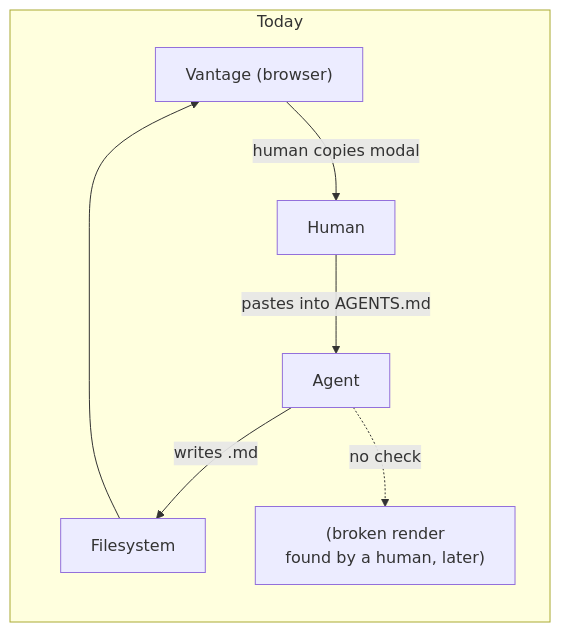
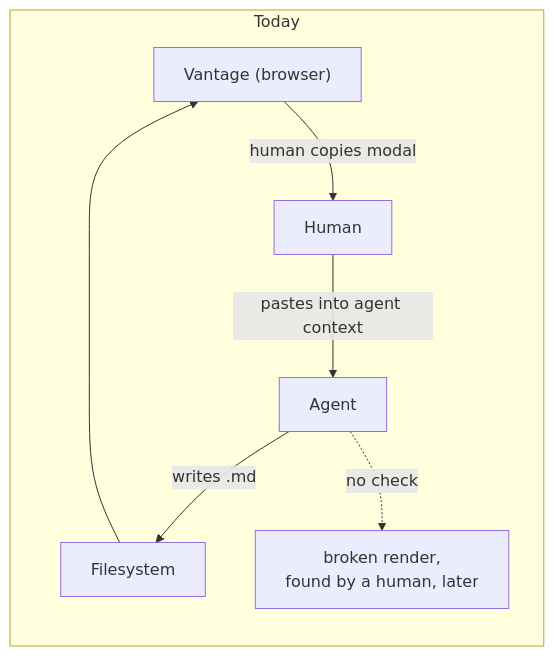
Before and after one commit to mschulkind-oss/vantage: the diagram in docs/design/agent-cli.md, drawn with Mermaid. The commit also changed other lines of this file, not shown here.

Commit message:
docs(design): revise agent CLI sketch — delegate to real validators, drop AGENTS.md hook, icebox reply

````diff
--- a/docs/design/agent-cli.md
+++ b/docs/design/agent-cli.md
@@ -110,10 +93,10 @@
 ```mermaid
 flowchart LR
     subgraph today["Today"]
         v1["Vantage (browser)"] -->|"human copies modal"| h1["Human"]
-        h1 -->|"pastes into AGENTS.md"| a1["Agent"]
+        h1 -->|"pastes into agent context"| a1["Agent"]
         a1 -->|"writes .md"| fs1["Filesystem"]
         fs1 --> v1
-        a1 -.->|"no check"| x["(broken render<br/>found by a human, later)"]
+        a1 -.->|"no check"| x["broken render,<br/>found by a human, later"]
     end
 ```
````
